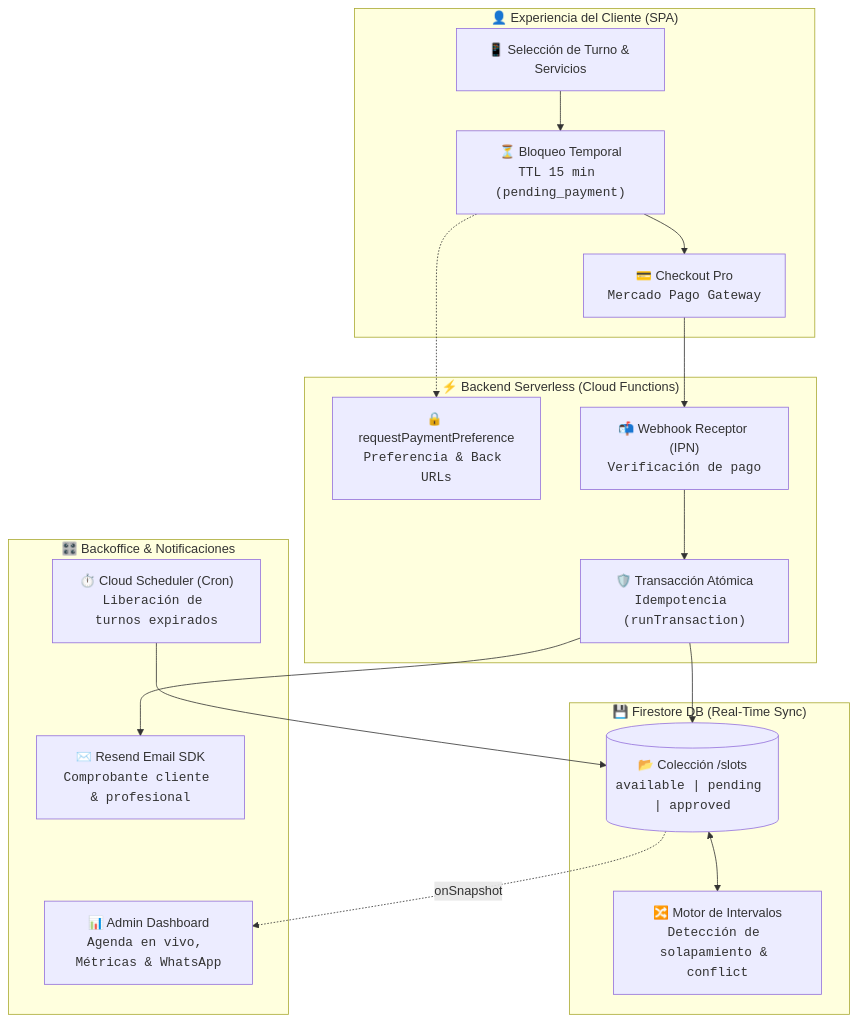
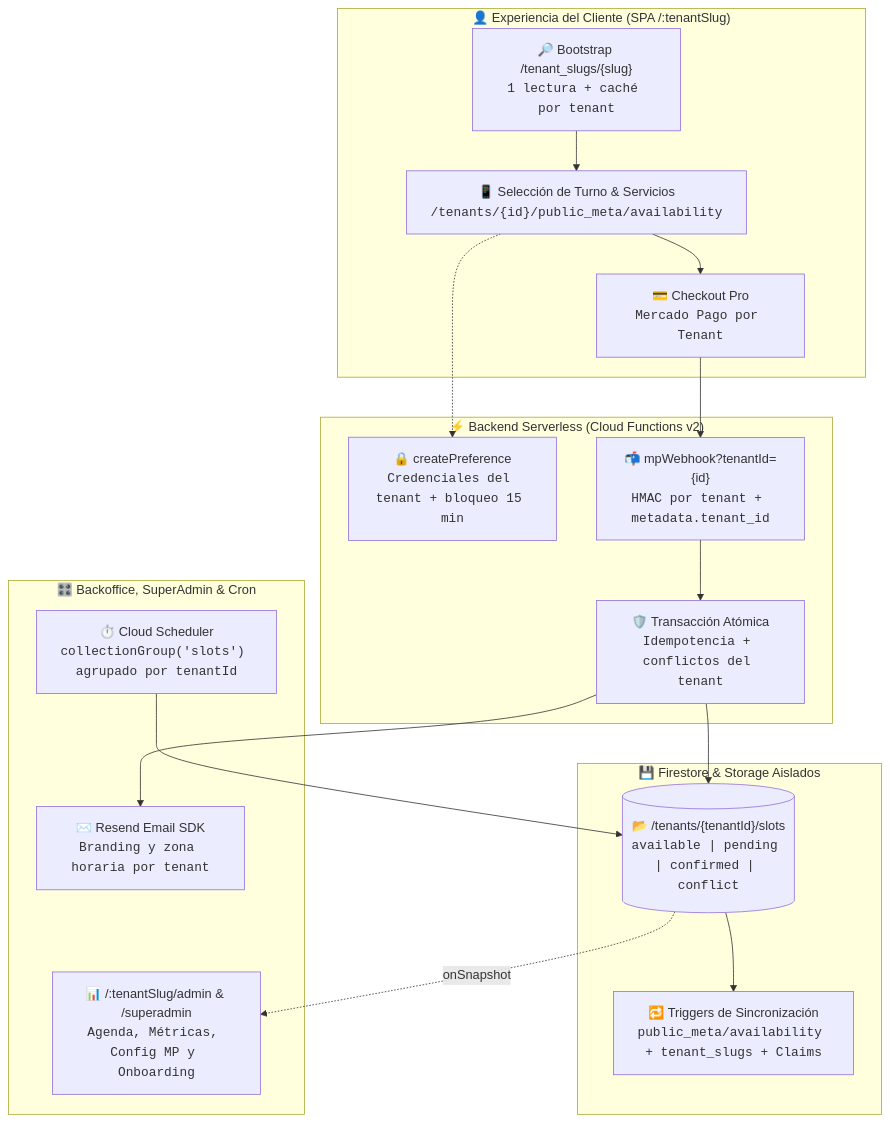
Before and after one commit to MaximilianoGimenez0/Turnos-web: the diagram in README.md, drawn with Mermaid. The commit also changed other lines of this file and 37 other files, not shown here.

First line of the commit message:
feat(admin): add claims auth, isolated storage, MP settings, and superadmin

````diff
--- a/README.md
+++ b/README.md
@@ -33,33 +70,32 @@
 ```mermaid
 flowchart TD
-    subgraph CLIENT ["👤 Experiencia del Cliente (SPA)"]
-        A["📱 Selección de Turno & Servicios"]
-        B["⏳ Bloqueo Temporal<br/><code>TTL 15 min (pending_payment)</code>"]
-        C["💳 Checkout Pro<br/><code>Mercado Pago Gateway</code>"]
+    subgraph CLIENT ["👤 Experiencia del Cliente (SPA /:tenantSlug)"]
+        A["🔎 Bootstrap /tenant_slugs/{slug}<br/><code>1 lectura + caché por tenant</code>"]
+        B["📱 Selección de Turno & Servicios<br/><code>/tenants/{id}/public_meta/availability</code>"]
+        C["💳 Checkout Pro<br/><code>Mercado Pago por Tenant</code>"]
         A --> B --> C
     end
 
-    subgraph BACKEND ["⚡ Backend Serverless (Cloud Functions)"]
-        D["🔒 requestPaymentPreference<br/><code>Preferencia & Back URLs</code>"]
-        E["📬 Webhook Receptor (IPN)<br/><code>Verificación de pago</code>"]
-        F["🛡️ Transacción Atómica<br/><code>Idempotencia (runTransaction)</code>"]
+    subgraph BACKEND ["⚡ Backend Serverless (Cloud Functions v2)"]
+        D["🔒 createPreference<br/><code>Credenciales del tenant + bloqueo 15 min</code>"]
+        E["📬 mpWebhook?tenantId={id}<br/><code>HMAC por tenant + metadata.tenant_id</code>"]
+        F["🛡️ Transacción Atómica<br/><code>Idempotencia + conflictos del tenant</code>"]
         B -.-> D
         C --> E --> F
     end
 
-    subgraph DATABASE ["💾 Firestore DB (Real-Time Sync)"]
-        G[("📂 Colección /slots<br/><code>available | pending | approved</code>")]
-        H["🔀 Motor de Intervalos<br/><code>Detección de solapamiento & conflict</code>"]
-        F --> G
-        G <--> H
+    subgraph DATABASE ["💾 Firestore & Storage Aislados"]
+        G[("📂 /tenants/{tenantId}/slots<br/><code>available | pending | confirmed | conflict</code>")]
+        H["🔁 Triggers de Sincronización<br/><code>public_meta/availability + tenant_slugs + Claims</code>"]
+        F --> G --> H
     end
 
-    subgraph SERVICES ["🎛️ Backoffice & Notificaciones"]
-        I["📊 Admin Dashboard<br/><code>Agenda en vivo, Métricas & WhatsApp</code>"]
-        J["✉️ Resend Email SDK<br/><code>Comprobante cliente & profesional</code>"]
-        K["⏱️ Cloud Scheduler (Cron)<br/><code>Liberación de turnos expirados</code>"]
+    subgraph SERVICES ["🎛️ Backoffice, SuperAdmin & Cron"]
+        I["📊 /:tenantSlug/admin & /superadmin<br/><code>Agenda, Métricas, Config MP y Onboarding</code>"]
+        J["✉️ Resend Email SDK<br/><code>Branding y zona horaria por tenant</code>"]
+        K["⏱️ Cloud Scheduler<br/><code>collectionGroup('slots') agrupado por tenantId</code>"]
         G -.->|"onSnapshot"| I
         F --> J
         K --> G
     end
 ```
````
